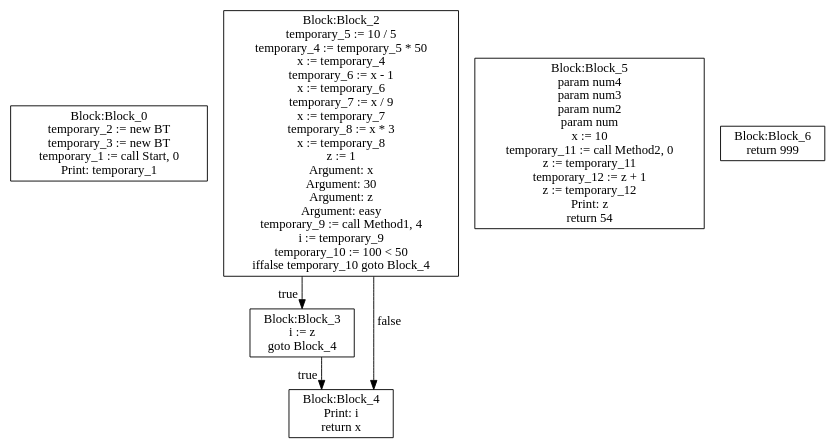
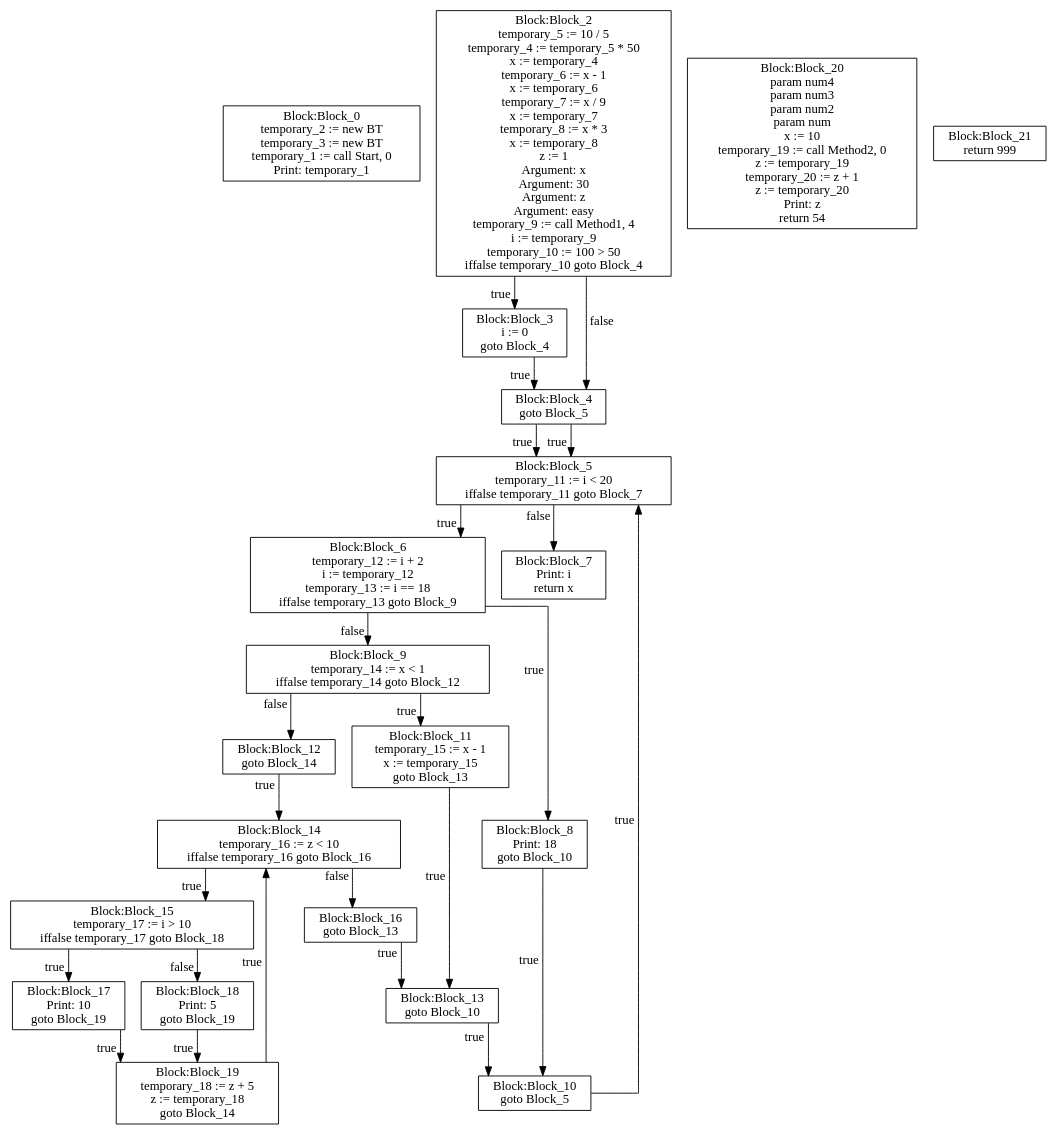
One commit to moondog-matthew/compiler-dv1655 changed the diagram in lab3/CFG-tree.dot. Above: the diagram before and after it, drawn with Graphviz. The commit also changed 3 other files, not shown here.

```diff
--- a/lab3/CFG-tree.dot
+++ b/lab3/CFG-tree.dot
@@ -1,54 +1,118 @@
 digraph {
 graph [ splines = ortho ]
 	node [ shape = box ];
 Block_0 [label="Block:Block_0
 temporary_2 := new BT
 temporary_3 := new BT
 temporary_1 := call Start, 0
 Print: temporary_1"];
 Block_2 [label="Block:Block_2
 temporary_5 := 10 / 5
 temporary_4 := temporary_5 * 50
 x := temporary_4
 temporary_6 := x - 1
 x := temporary_6
 temporary_7 := x / 9
 x := temporary_7
 temporary_8 := x * 3
 x := temporary_8
 z := 1
 Argument: x
 Argument: 30
 Argument: z
 Argument: easy
 temporary_9 := call Method1, 4
 i := temporary_9
-temporary_10 := 100 < 50
+temporary_10 := 100 > 50
 iffalse temporary_10 goto Block_4"];
 Block_2 -> Block_3 [xlabel = "true"]
 Block_3 [label="Block:Block_3
-i := z
+i := 0
 goto Block_4"];
 Block_3 -> Block_4 [xlabel = "true"]
 Block_4 [label="Block:Block_4
+goto Block_5"];
+Block_4 -> Block_5 [xlabel = "true"]
+Block_5 [label="Block:Block_5
+temporary_11 := i < 20
+iffalse temporary_11 goto Block_7"];
+Block_5 -> Block_6 [xlabel = "true"]
+Block_6 [label="Block:Block_6
+temporary_12 := i + 2
+i := temporary_12
+temporary_13 := i == 18
+iffalse temporary_13 goto Block_9"];
+Block_6 -> Block_8 [xlabel = "true"]
+Block_8 [label="Block:Block_8
+Print: 18
+goto Block_10"];
+Block_8 -> Block_10 [xlabel = "true"]
+Block_10 [label="Block:Block_10
+goto Block_5"];
+Block_10 -> Block_5 [xlabel = "true"]
+Block_6 -> Block_9 [xlabel = "false"]
+Block_9 [label="Block:Block_9
+temporary_14 := x < 1
+iffalse temporary_14 goto Block_12"];
+Block_9 -> Block_11 [xlabel = "true"]
+Block_11 [label="Block:Block_11
+temporary_15 := x - 1
+x := temporary_15
+goto Block_13"];
+Block_11 -> Block_13 [xlabel = "true"]
+Block_13 [label="Block:Block_13
+goto Block_10"];
+Block_13 -> Block_10 [xlabel = "true"]
+Block_9 -> Block_12 [xlabel = "false"]
+Block_12 [label="Block:Block_12
+goto Block_14"];
+Block_12 -> Block_14 [xlabel = "true"]
+Block_14 [label="Block:Block_14
+temporary_16 := z < 10
+iffalse temporary_16 goto Block_16"];
+Block_14 -> Block_15 [xlabel = "true"]
+Block_15 [label="Block:Block_15
+temporary_17 := i > 10
+iffalse temporary_17 goto Block_18"];
+Block_15 -> Block_17 [xlabel = "true"]
+Block_17 [label="Block:Block_17
+Print: 10
+goto Block_19"];
+Block_17 -> Block_19 [xlabel = "true"]
+Block_19 [label="Block:Block_19
+temporary_18 := z + 5
+z := temporary_18
+goto Block_14"];
+Block_19 -> Block_14 [xlabel = "true"]
+Block_15 -> Block_18 [xlabel = "false"]
+Block_18 [label="Block:Block_18
+Print: 5
+goto Block_19"];
+Block_18 -> Block_19 [xlabel = "true"]
+Block_14 -> Block_16 [xlabel = "false"]
+Block_16 [label="Block:Block_16
+goto Block_13"];
+Block_16 -> Block_13 [xlabel = "true"]
+Block_5 -> Block_7 [xlabel = "false"]
+Block_7 [label="Block:Block_7
 Print: i
 return x"];
 Block_2 -> Block_4 [xlabel = "false"]
 Block_4 [label="Block:Block_4
-Print: i
-return x"];
-Block_5 [label="Block:Block_5
+goto Block_5"];
+Block_4 -> Block_5 [xlabel = "true"]
+Block_20 [label="Block:Block_20
 param num4
 param num3
 param num2
 param num
 x := 10
-temporary_11 := call Method2, 0
-z := temporary_11
-temporary_12 := z + 1
-z := temporary_12
+temporary_19 := call Method2, 0
+z := temporary_19
+temporary_20 := z + 1
+z := temporary_20
 Print: z
 return 54"];
-Block_6 [label="Block:Block_6
+Block_21 [label="Block:Block_21
 return 999"];
 }
```
